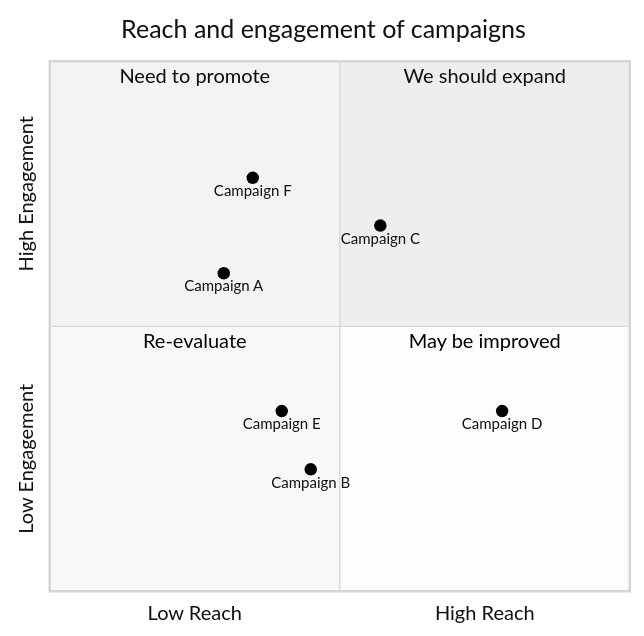
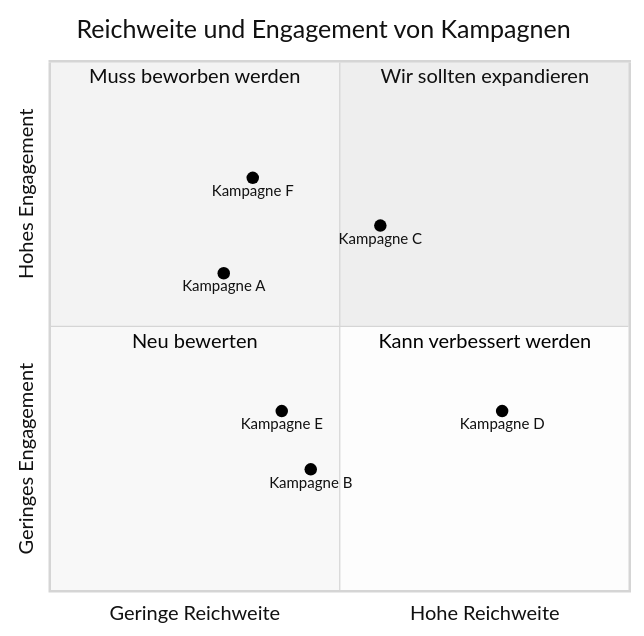
Before and after one commit to tinacms/tina-cloud-starter: the ninth of 19 diagrams in content/posts/de/learning-about-mermaid.mdx, drawn with Mermaid (neutral theme). The commit also changed other lines of this file and 6 other files, not shown here.

````diff
--- a/content/posts/de/learning-about-mermaid.mdx
+++ b/content/posts/de/learning-about-mermaid.mdx
@@ -162,16 +160,16 @@
 ```mermaid
 quadrantChart
-    title Reach and engagement of campaigns
-    x-axis Low Reach --> High Reach
-    y-axis Low Engagement --> High Engagement
-    quadrant-1 We should expand
-    quadrant-2 Need to promote
-    quadrant-3 Re-evaluate
-    quadrant-4 May be improved
-    Campaign A: [0.3, 0.6]
-    Campaign B: [0.45, 0.23]
-    Campaign C: [0.57, 0.69]
-    Campaign D: [0.78, 0.34]
-    Campaign E: [0.40, 0.34]
-    Campaign F: [0.35, 0.78]
+    title Reichweite und Engagement von Kampagnen
+    x-axis Geringe Reichweite --> Hohe Reichweite
+    y-axis Geringes Engagement --> Hohes Engagement
+    quadrant-1 Wir sollten expandieren
+    quadrant-2 Muss beworben werden
+    quadrant-3 Neu bewerten
+    quadrant-4 Kann verbessert werden
+    Kampagne A: [0.3, 0.6]
+    Kampagne B: [0.45, 0.23]
+    Kampagne C: [0.57, 0.69]
+    Kampagne D: [0.78, 0.34]
+    Kampagne E: [0.40, 0.34]
+    Kampagne F: [0.35, 0.78]
 ```
````
